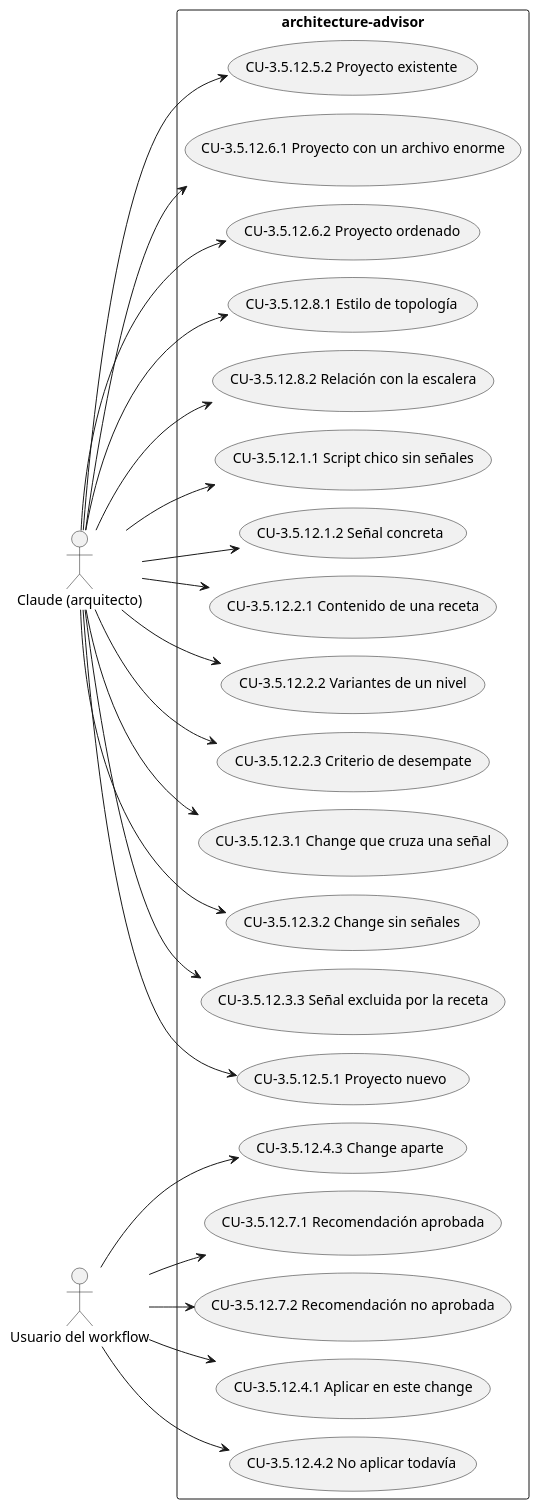
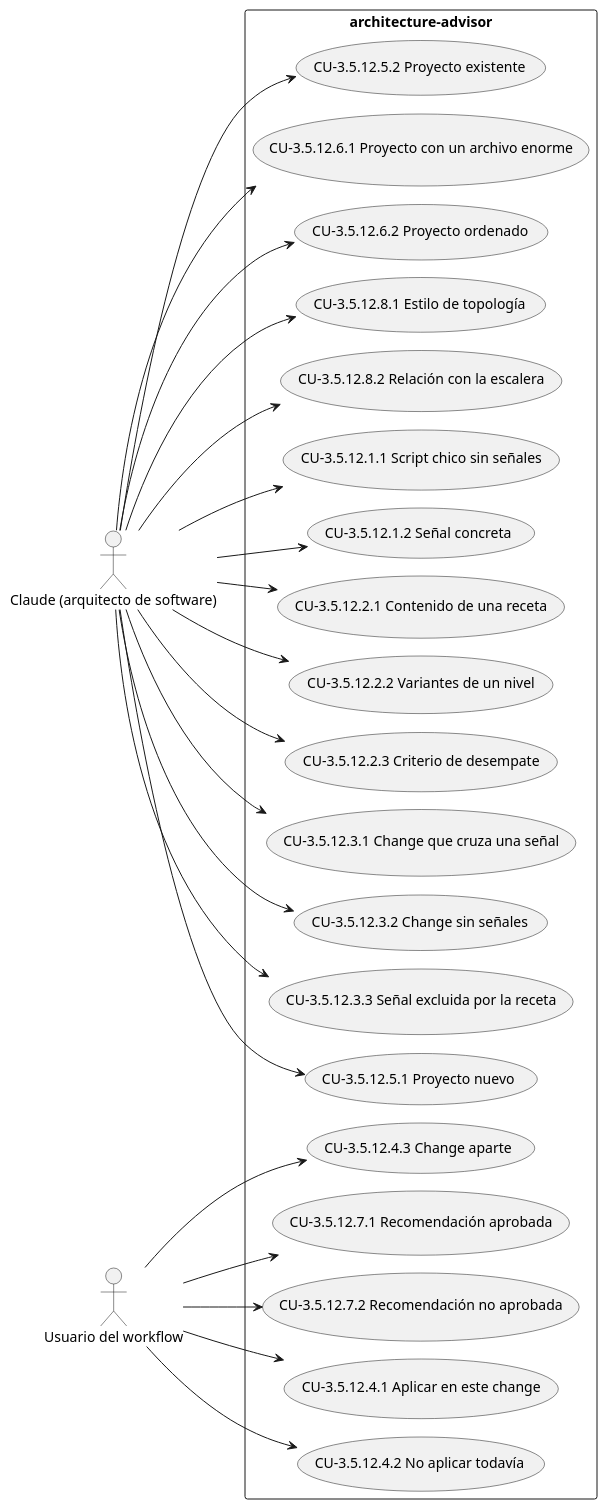
One commit to Lautaro-Montecchiani/sdd-global-config changed the diagram in docs/diagramas/CAP-3.5.12.puml. Above: the diagram before and after it, drawn with PlantUML. The commit also changed 40 other files, not shown here.

```diff
--- a/docs/diagramas/CAP-3.5.12.puml
+++ b/docs/diagramas/CAP-3.5.12.puml
@@ -1,46 +1,46 @@
 @startuml
 !pragma layout smetana
 left to right direction
-actor "Claude (arquitecto)" as A1
-actor "Usuario del workflow" as A3
+actor "Claude (arquitecto de software)" as A1
+actor "Usuario del workflow" as A2
 rectangle "architecture-advisor" {
   usecase "CU-3.5.12.1.1 Script chico sin señales" as UC_3_5_12_1_1
   usecase "CU-3.5.12.1.2 Señal concreta" as UC_3_5_12_1_2
   usecase "CU-3.5.12.2.1 Contenido de una receta" as UC_3_5_12_2_1
   usecase "CU-3.5.12.2.2 Variantes de un nivel" as UC_3_5_12_2_2
   usecase "CU-3.5.12.2.3 Criterio de desempate" as UC_3_5_12_2_3
   usecase "CU-3.5.12.3.1 Change que cruza una señal" as UC_3_5_12_3_1
   usecase "CU-3.5.12.3.2 Change sin señales" as UC_3_5_12_3_2
   usecase "CU-3.5.12.3.3 Señal excluida por la receta" as UC_3_5_12_3_3
   usecase "CU-3.5.12.4.1 Aplicar en este change" as UC_3_5_12_4_1
   usecase "CU-3.5.12.4.2 No aplicar todavía" as UC_3_5_12_4_2
   usecase "CU-3.5.12.4.3 Change aparte" as UC_3_5_12_4_3
   usecase "CU-3.5.12.5.1 Proyecto nuevo" as UC_3_5_12_5_1
   usecase "CU-3.5.12.5.2 Proyecto existente" as UC_3_5_12_5_2
   usecase "CU-3.5.12.6.1 Proyecto con un archivo enorme" as UC_3_5_12_6_1
   usecase "CU-3.5.12.6.2 Proyecto ordenado" as UC_3_5_12_6_2
   usecase "CU-3.5.12.7.1 Recomendación aprobada" as UC_3_5_12_7_1
   usecase "CU-3.5.12.7.2 Recomendación no aprobada" as UC_3_5_12_7_2
   usecase "CU-3.5.12.8.1 Estilo de topología" as UC_3_5_12_8_1
   usecase "CU-3.5.12.8.2 Relación con la escalera" as UC_3_5_12_8_2
 }
 A1 --> UC_3_5_12_1_1
 A1 --> UC_3_5_12_1_2
 A1 --> UC_3_5_12_2_1
 A1 --> UC_3_5_12_2_2
 A1 --> UC_3_5_12_2_3
 A1 --> UC_3_5_12_3_1
 A1 --> UC_3_5_12_3_2
 A1 --> UC_3_5_12_3_3
-A3 --> UC_3_5_12_4_1
-A3 --> UC_3_5_12_4_2
-A3 --> UC_3_5_12_4_3
+A2 --> UC_3_5_12_4_1
+A2 --> UC_3_5_12_4_2
+A2 --> UC_3_5_12_4_3
 A1 --> UC_3_5_12_5_1
 A1 --> UC_3_5_12_5_2
 A1 --> UC_3_5_12_6_1
 A1 --> UC_3_5_12_6_2
-A3 --> UC_3_5_12_7_1
-A3 --> UC_3_5_12_7_2
+A2 --> UC_3_5_12_7_1
+A2 --> UC_3_5_12_7_2
 A1 --> UC_3_5_12_8_1
 A1 --> UC_3_5_12_8_2
 @enduml
```
